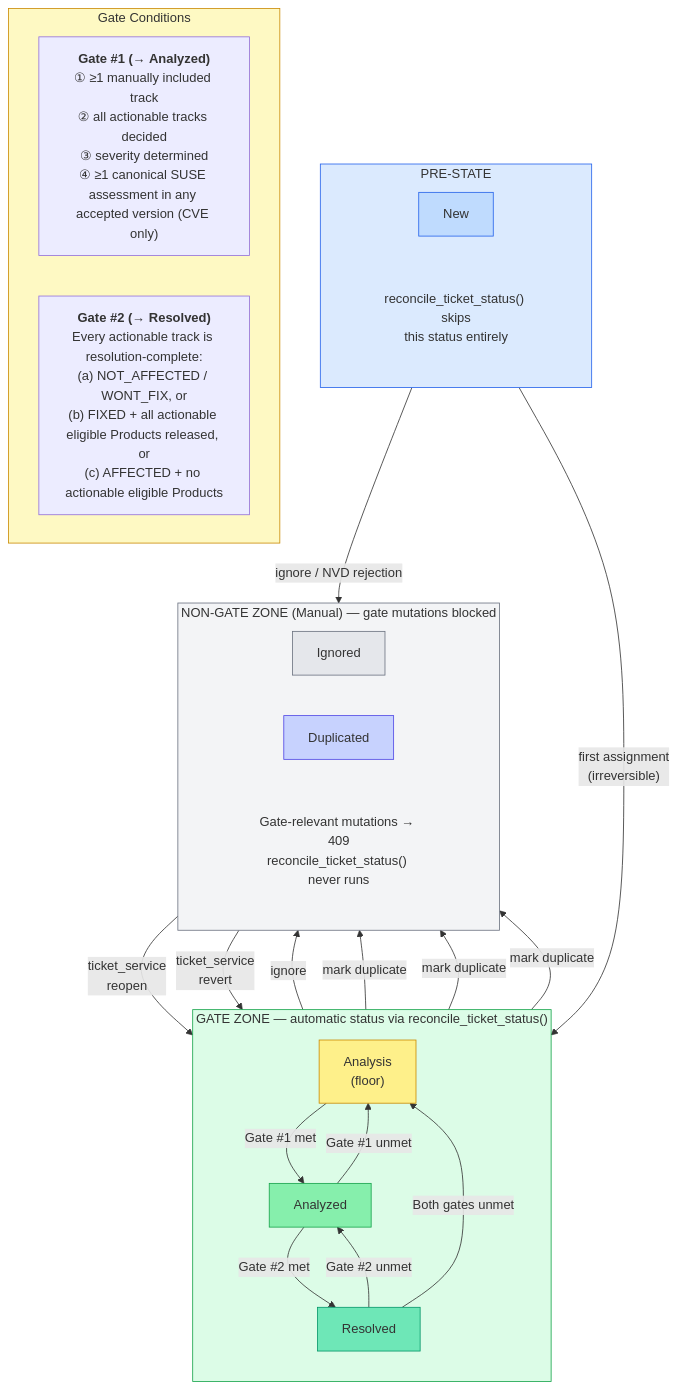
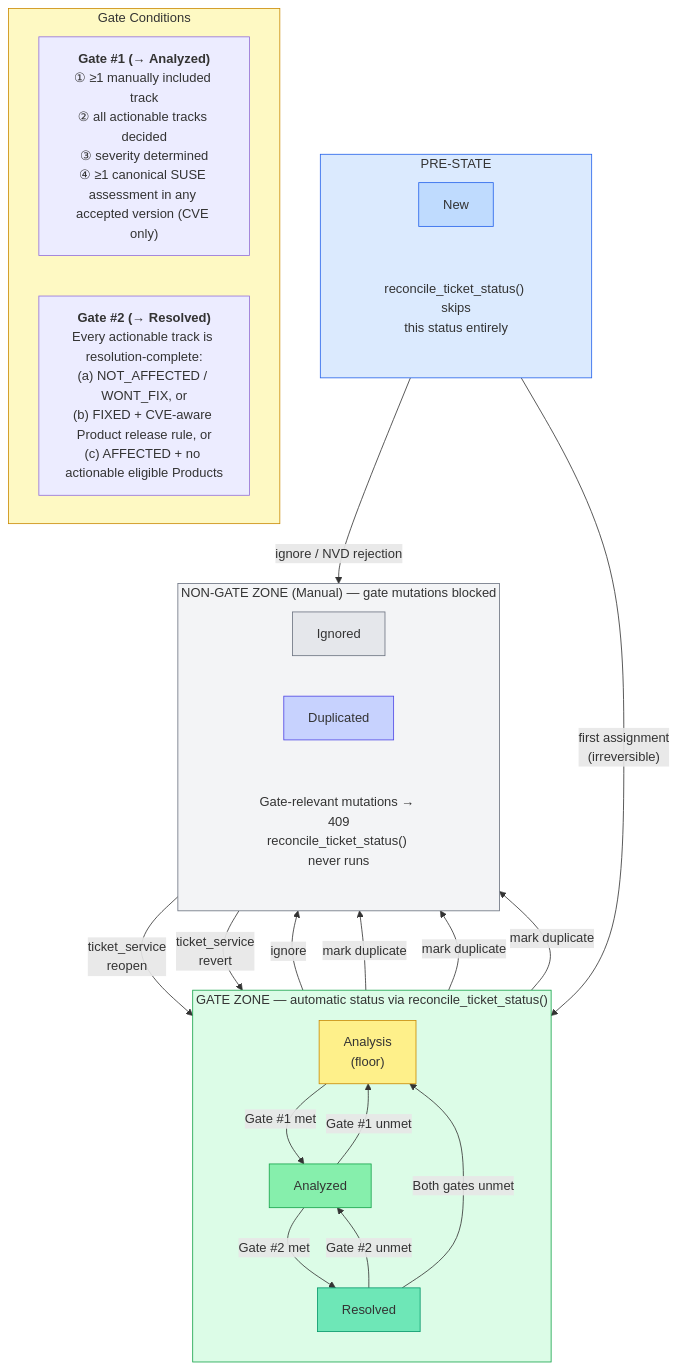
One commit to StayPirate/sentinel changed the sixth of 7 diagrams in docs/system-map.md. Above: the diagram before and after it, drawn with Mermaid. The commit also changed other lines of this file and 29 other files, not shown here.

````diff
--- a/docs/system-map.md
+++ b/docs/system-map.md
@@ -641,64 +642,64 @@
 ```mermaid
 flowchart TD
     subgraph pre["PRE-STATE"]
         direction LR
         NEW["New"]
         NOTE_PRE["reconcile_ticket_status() skips<br/>this status entirely"]
     end
 
     subgraph gate["GATE ZONE — automatic status via reconcile_ticket_status()"]
         direction TB
         ANALYSIS["Analysis<br/>(floor)"]
         ANALYZED["Analyzed"]
         RESOLVED["Resolved"]
 
         ANALYSIS -->|"Gate #1 met"| ANALYZED
         ANALYZED -->|"Gate #1 unmet"| ANALYSIS
         ANALYZED -->|"Gate #2 met"| RESOLVED
         RESOLVED -->|"Gate #2 unmet"| ANALYZED
         RESOLVED -->|"Both gates unmet"| ANALYSIS
     end
 
     subgraph manual["NON-GATE ZONE (Manual) — gate mutations blocked"]
         direction LR
         IGNORED["Ignored"]
         DUPLICATED["Duplicated"]
         NOTE_MANUAL["Gate-relevant mutations → 409<br/>reconcile_ticket_status() never runs"]
     end
 
     subgraph gates_ref["Gate Conditions"]
         direction LR
         G1["<b>Gate #1 (→ Analyzed)</b><br/>① ≥1 manually included track<br/>② all actionable tracks decided<br/>③ severity determined<br/>④ ≥1 canonical SUSE assessment in any accepted version (CVE only)"]
-        G2["<b>Gate #2 (→ Resolved)</b><br/>Every actionable track is resolution-complete:<br/>(a) NOT_AFFECTED / WONT_FIX, or<br/>(b) FIXED + all actionable eligible Products released, or<br/>(c) AFFECTED + no actionable eligible Products"]
+        G2["<b>Gate #2 (→ Resolved)</b><br/>Every actionable track is resolution-complete:<br/>(a) NOT_AFFECTED / WONT_FIX, or<br/>(b) FIXED + CVE-aware Product release rule, or<br/>(c) AFFECTED + no actionable eligible Products"]
     end
 
     %% Entry from pre-state to gate zone
     NEW -->|"first assignment<br/>(irreversible)"| ANALYSIS
 
     %% Exit to manual zone
     NEW -->|"ignore / NVD rejection"| IGNORED
     ANALYSIS -->|"ignore"| IGNORED
     ANALYSIS -->|"mark duplicate"| DUPLICATED
     ANALYZED -->|"mark duplicate"| DUPLICATED
     RESOLVED -->|"mark duplicate"| DUPLICATED
 
     %% Re-entry from manual zone to gate zone
     IGNORED -->|"ticket_service<br/>reopen"| ANALYSIS
     DUPLICATED -->|"ticket_service<br/>revert"| ANALYSIS
 
     %% Styling
     style pre fill:#dbeafe,stroke:#2563eb
     style gate fill:#dcfce7,stroke:#16a34a
     style manual fill:#f3f4f6,stroke:#6b7280
     style gates_ref fill:#fef9c3,stroke:#ca8a04
 
     style NEW fill:#bfdbfe,stroke:#2563eb
     style ANALYSIS fill:#fef08a,stroke:#ca8a04
     style ANALYZED fill:#86efac,stroke:#16a34a
     style RESOLVED fill:#6ee7b7,stroke:#059669
     style IGNORED fill:#e5e7eb,stroke:#6b7280
     style DUPLICATED fill:#c7d2fe,stroke:#4f46e5
 
     style NOTE_PRE fill:none,stroke:none
     style NOTE_MANUAL fill:none,stroke:none
 ```
````
